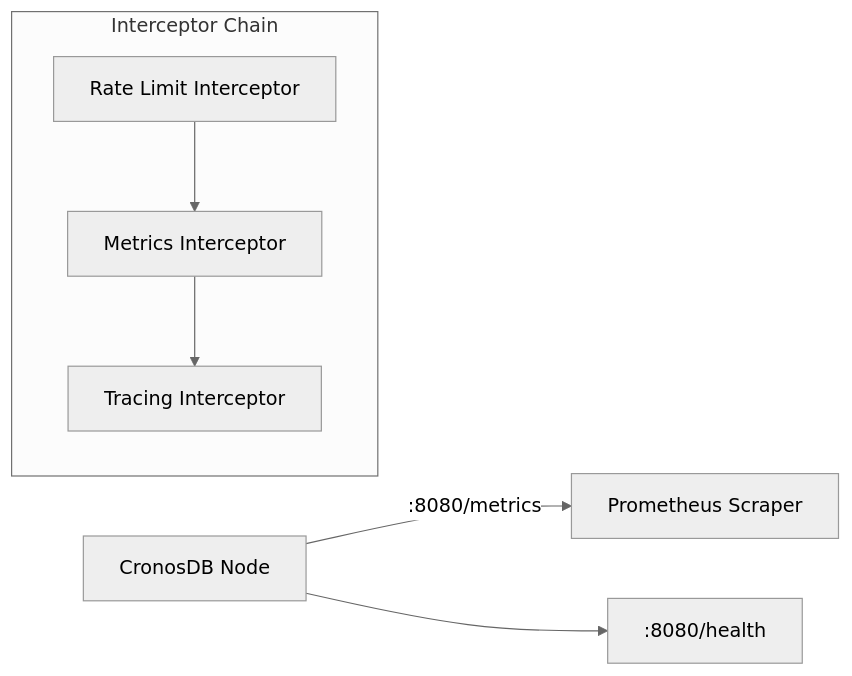
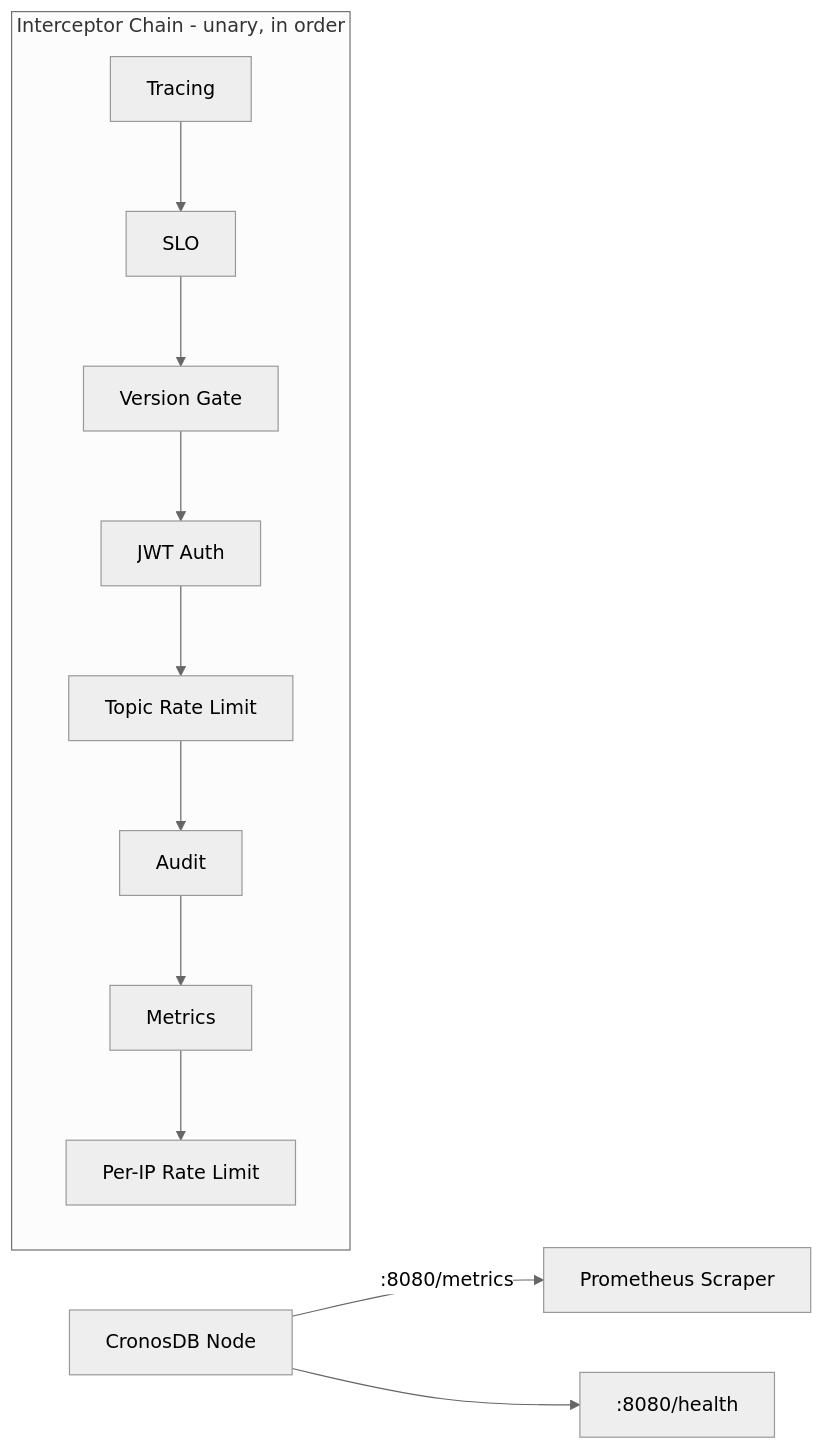
Diagram 42 of 47 in ARCHITECTURE.md (jatin711-debug/cronos_db_golang), drawn with Mermaid (neutral theme) before and after one commit. The commit also changed other lines of this file and 39 other files, not shown here.

````diff
--- a/ARCHITECTURE.md
+++ b/ARCHITECTURE.md
@@ -1298,13 +1298,18 @@
 ```mermaid
 graph LR
     APP[CronosDB Node] -->|:8080/metrics| PROM[Prometheus Scraper]
     APP --> HEALTH[:8080/health]
 
-    subgraph Interceptor Chain
-        I1[Rate Limit Interceptor]
-        I2[Metrics Interceptor]
-        I3[Tracing Interceptor]
+    subgraph IC["Interceptor Chain - unary, in order"]
+        I1[Tracing]
+        I2[SLO]
+        I3[Version Gate]
+        I4[JWT Auth]
+        I5[Topic Rate Limit]
+        I6[Audit]
+        I7[Metrics]
+        I8[Per-IP Rate Limit]
     end
 
-    I1 --> I2 --> I3
+    I1 --> I2 --> I3 --> I4 --> I5 --> I6 --> I7 --> I8
 ```
````
